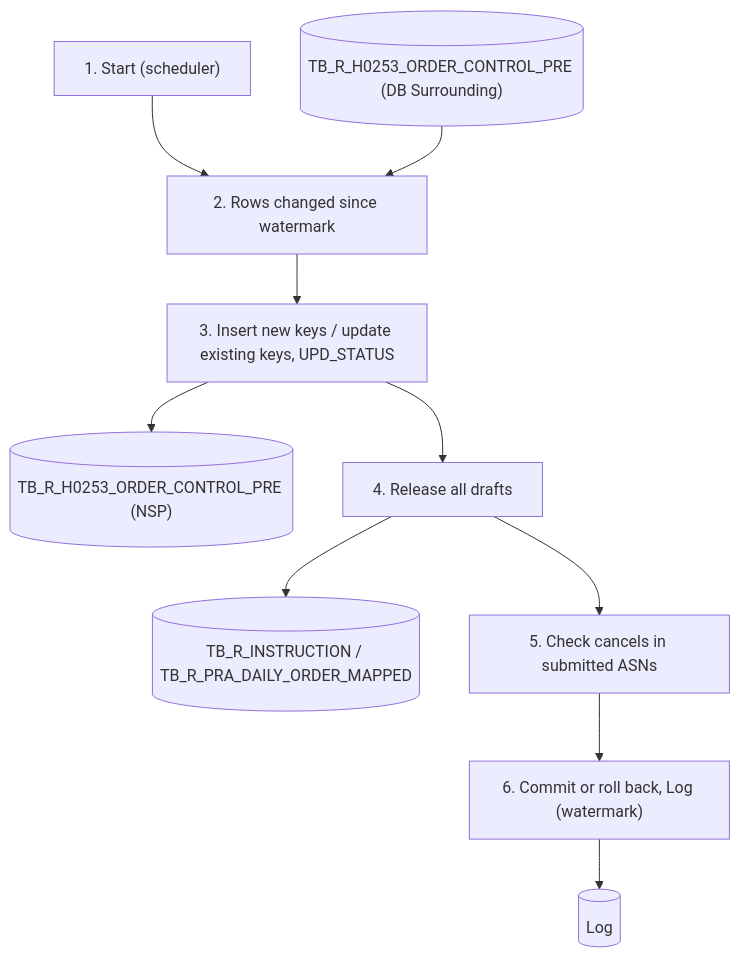
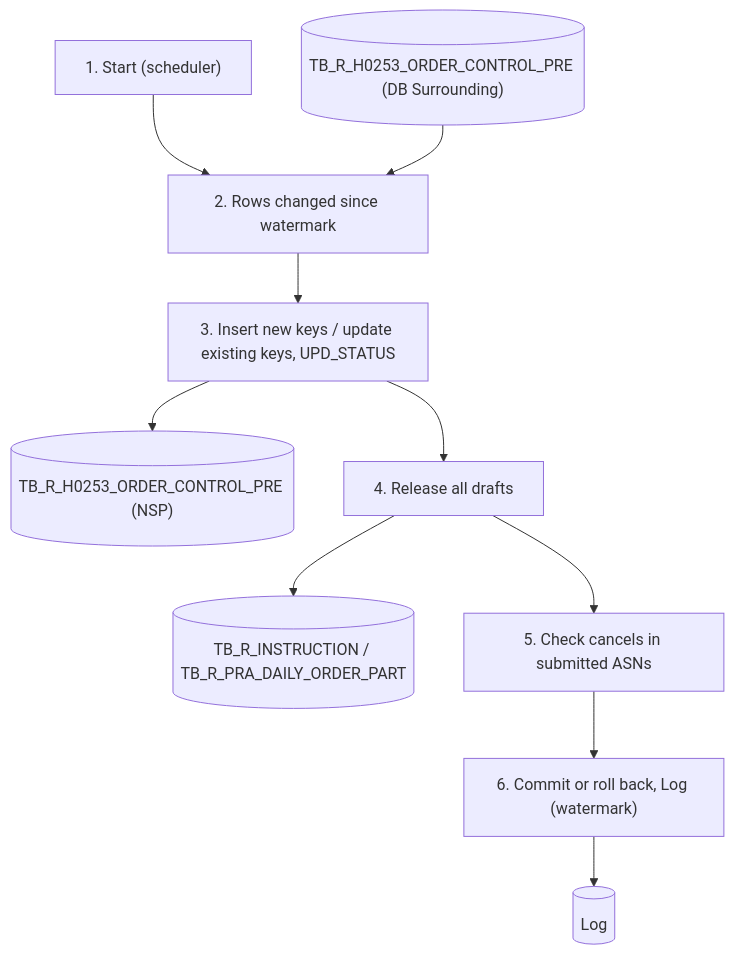
The second of 2 diagrams in prepare_code/uiss/XD08_Batch_OrderControlInfoToNSP.md (ivanrayhannn/crossdockpoc), drawn with Mermaid before and after one commit. The commit also changed other lines of this file and 34 other files, not shown here.

First line of the commit message:
No new table TB_R_PRA_DAILY_ORDER_MAPPED: use REMAIN_QTY of TB_R_PRA_DAILY_ORDER_PART

````diff
--- a/prepare_code/uiss/XD08_Batch_OrderControlInfoToNSP.md
+++ b/prepare_code/uiss/XD08_Batch_OrderControlInfoToNSP.md
@@ -71,22 +71,22 @@
 ```mermaid
 flowchart TB
   p1["1. Start (scheduler)"]
   s[("TB_R_H0253_ORDER_CONTROL_PRE (DB Surrounding)")]
   p2["2. Rows changed since watermark"]
   p3["3. Insert new keys / update existing keys, UPD_STATUS"]
   d[("TB_R_H0253_ORDER_CONTROL_PRE (NSP)")]
   p4["4. Release all drafts"]
-  i[("TB_R_INSTRUCTION / TB_R_PRA_DAILY_ORDER_MAPPED")]
+  i[("TB_R_INSTRUCTION / TB_R_PRA_DAILY_ORDER_PART")]
   p5["5. Check cancels in submitted ASNs"]
   p6["6. Commit or roll back, Log (watermark)"]
   log[("Log")]
   p1 --> p2
   s --> p2
   p2 --> p3
   p3 --> d
   p3 --> p4
   p4 --> i
   p4 --> p5
   p5 --> p6
   p6 --> log
 ```
````
